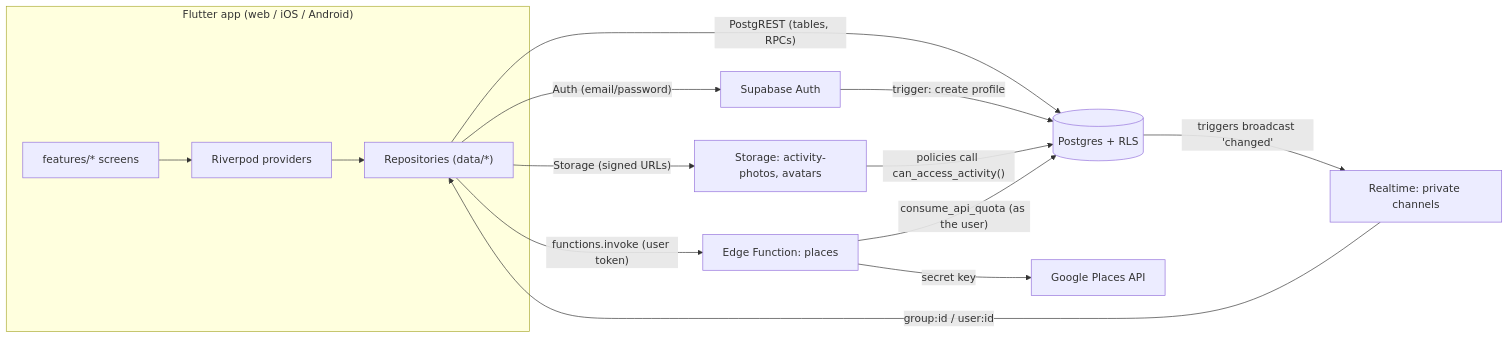
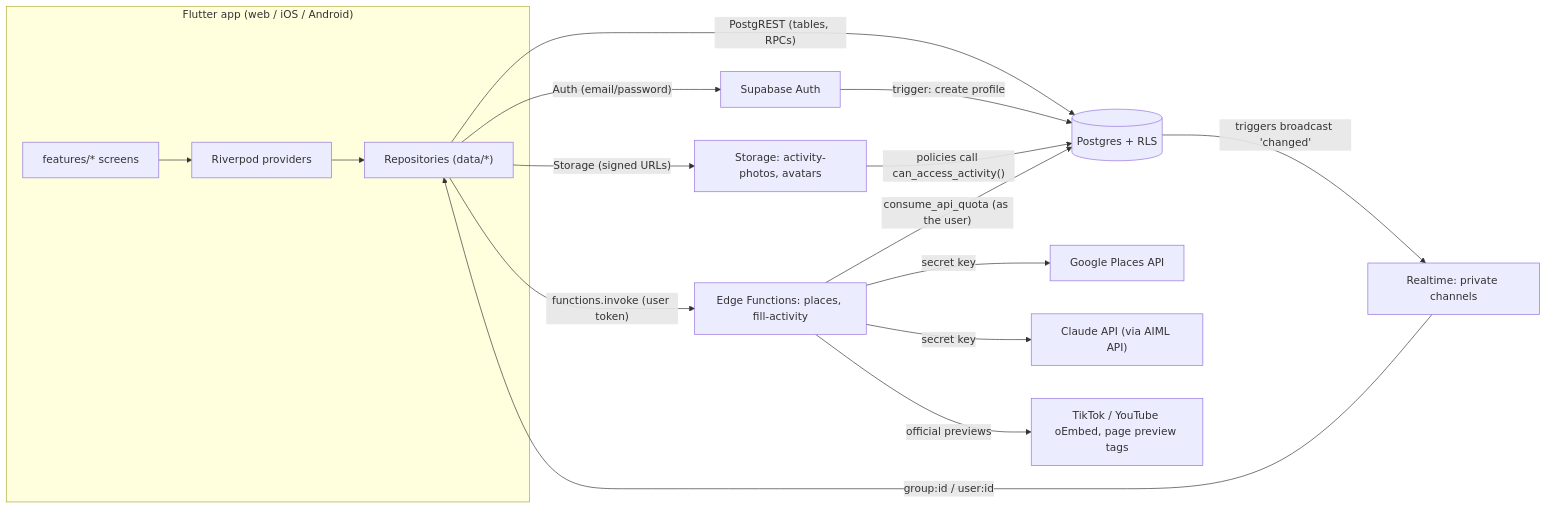
Before and after one commit to kangjin97/project1.0: the first of 2 diagrams in docs/architecture.md, drawn with Mermaid. The commit also changed other lines of this file and 22 other files, not shown here.

````diff
--- a/docs/architecture.md
+++ b/docs/architecture.md
@@ -5,17 +5,19 @@
 ```mermaid
 flowchart LR
   subgraph App["Flutter app (web / iOS / Android)"]
     UI["features/* screens"] --> P["Riverpod providers"]
     P --> R["Repositories (data/*)"]
   end
   R -- "PostgREST (tables, RPCs)" --> DB[(Postgres + RLS)]
   R -- "Auth (email/password)" --> AUTH[Supabase Auth]
   R -- "Storage (signed URLs)" --> ST[Storage: activity-photos, avatars]
   DB -- "triggers broadcast 'changed'" --> RT[Realtime: private channels]
   RT -- "group:id / user:id" --> R
   AUTH -- "trigger: create profile" --> DB
   ST -- "policies call can_access_activity()" --> DB
-  R -- "functions.invoke (user token)" --> EF[Edge Function: places]
+  R -- "functions.invoke (user token)" --> EF[Edge Functions: places, fill-activity]
   EF -- "consume_api_quota (as the user)" --> DB
   EF -- "secret key" --> GP[Google Places API]
+  EF -- "secret key" --> CL["Claude API (via AIML API)"]
+  EF -- "official previews" --> WEB[TikTok / YouTube oEmbed, page preview tags]
 ```
````
